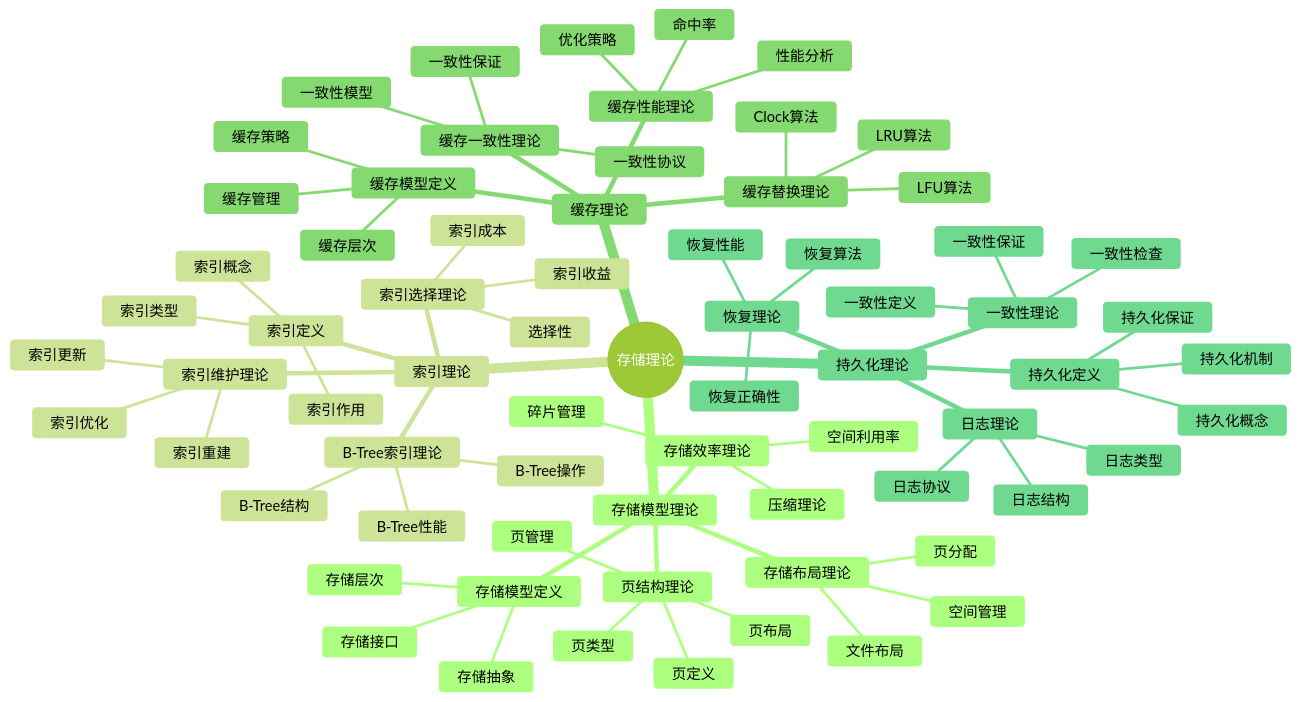
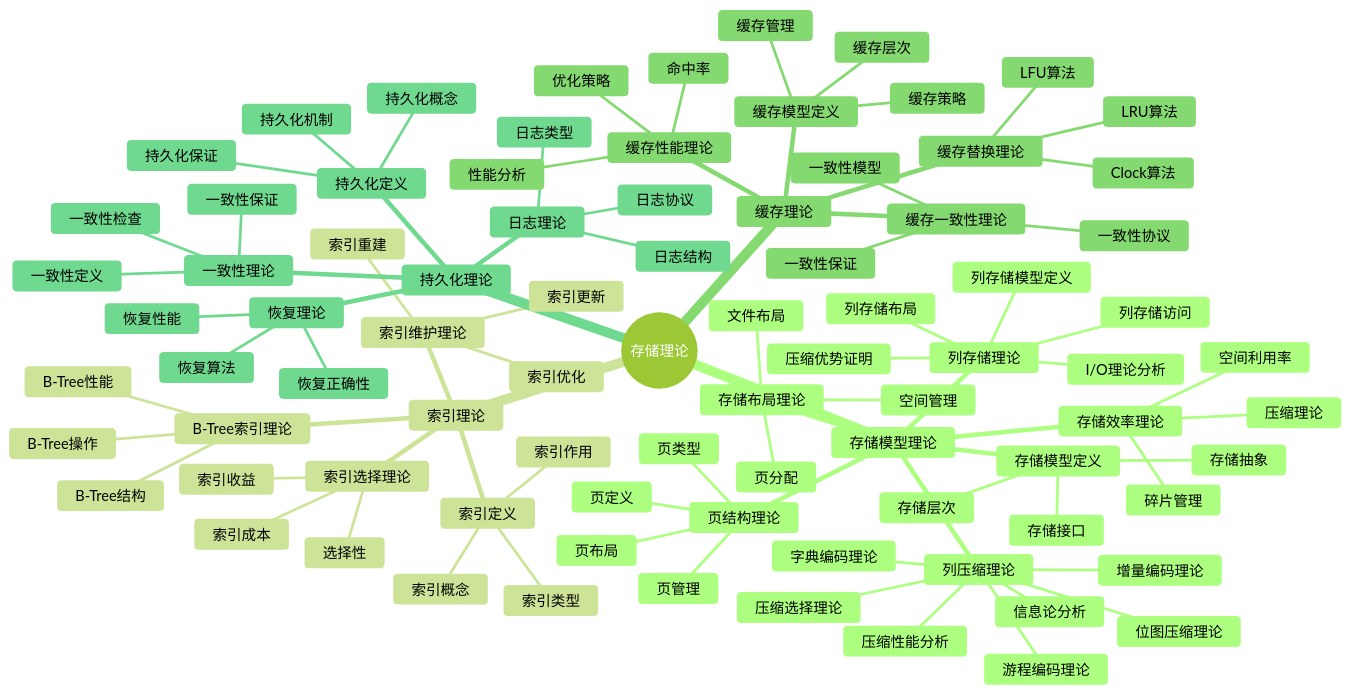
One commit to AdaMartin18010/Data-Science changed the diagram in Sqlite/11-理论模型/11.05-存储理论.md. Above: the diagram before and after it, drawn with Mermaid (forest theme). The commit also changed other lines of this file and 48 other files, not shown here.

```diff
--- a/Sqlite/11-理论模型/11.05-存储理论.md
+++ b/Sqlite/11-理论模型/11.05-存储理论.md
@@ -71,6 +77,20 @@
         空间利用率
         碎片管理
         压缩理论
+      列存储理论
+        列存储模型定义
+        列存储布局
+        列存储访问
+        I/O理论分析
+        压缩优势证明
+      列压缩理论
+        字典编码理论
+        游程编码理论
+        增量编码理论
+        位图压缩理论
+        压缩性能分析
+        压缩选择理论
+        信息论分析
     索引理论
       索引定义
         索引概念
```
